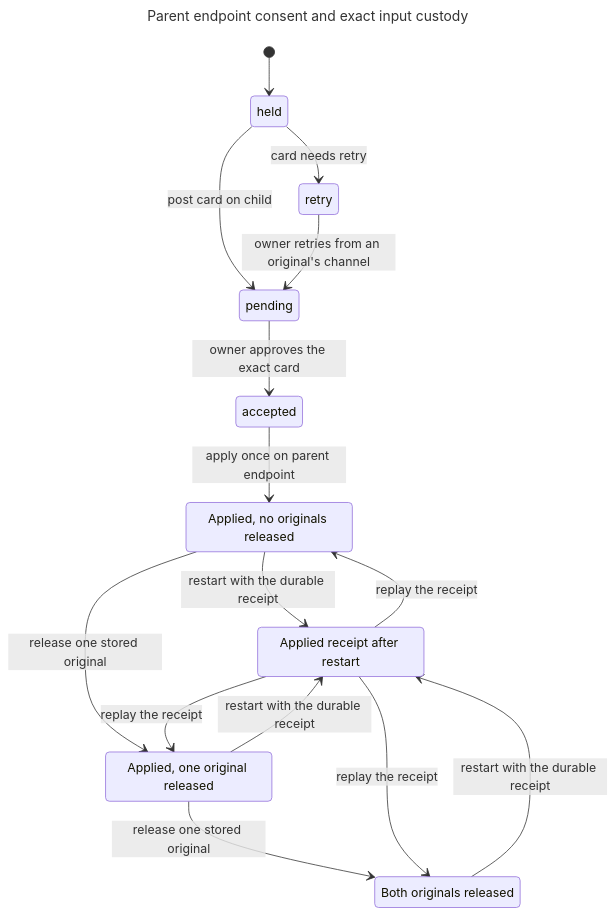
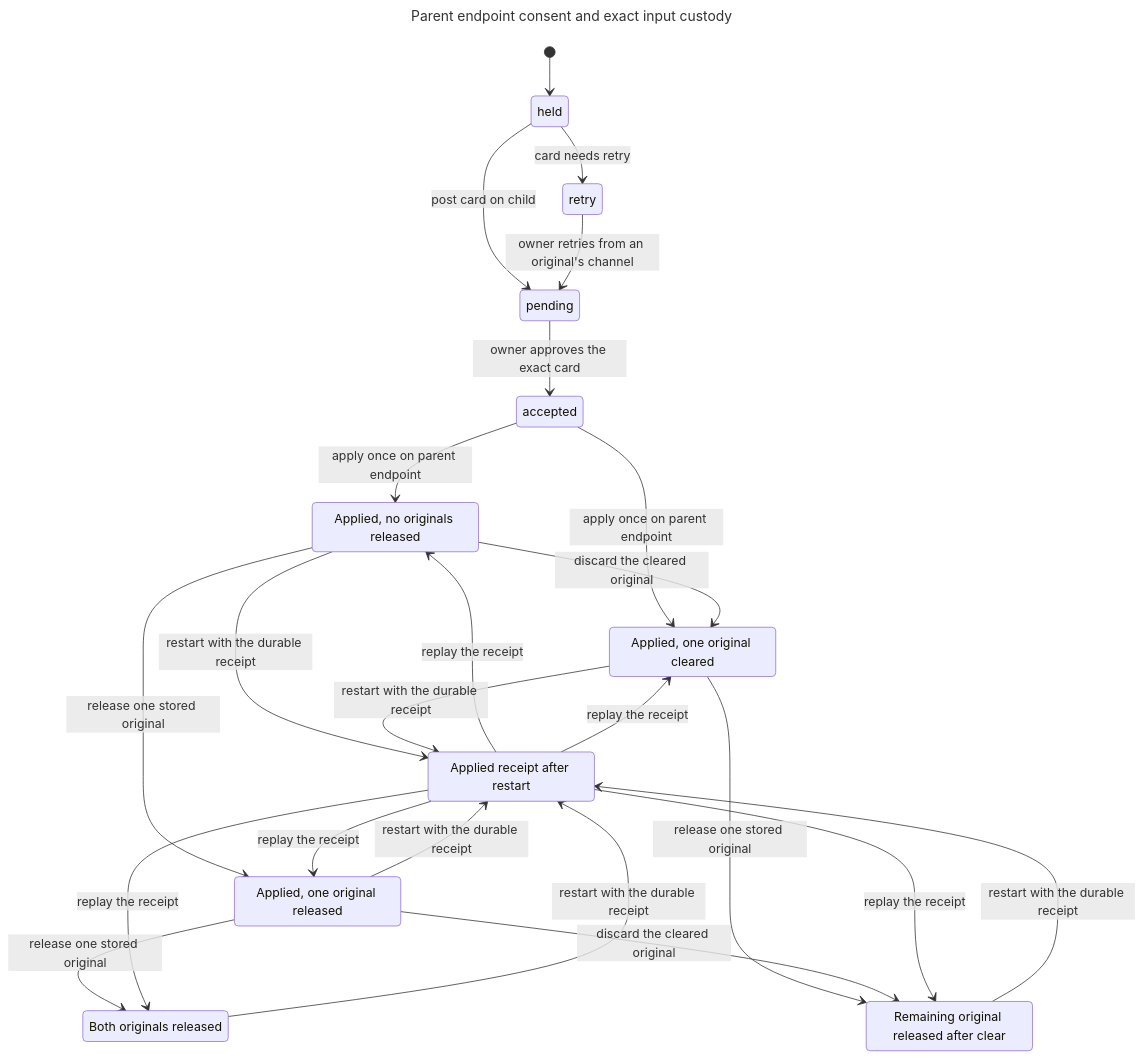
Before and after one commit to itismyfield/AgentDesk: the diagram in docs/statecharts/intake-consent/qp3.chart.mmd, drawn with Mermaid. The commit also changed 13 other files, not shown here.

```diff
--- a/docs/statecharts/intake-consent/qp3.chart.mmd
+++ b/docs/statecharts/intake-consent/qp3.chart.mmd
@@ -1,26 +1,36 @@
 ---
 title: "Parent endpoint consent and exact input custody"
 ---
 stateDiagram-v2
   s0: held
   s1: pending
   s2: retry
   s3: accepted
   s4: Applied, no originals released
-  s5: Applied receipt after restart
-  s6: Applied, one original released
-  s7: Both originals released
+  s5: Applied, one original cleared
+  s6: Applied receipt after restart
+  s7: Applied, one original released
+  s8: Remaining original released after clear
+  s9: Both originals released
   [*] --> s0
   s0 --> s1: post card on child
   s0 --> s2: card needs retry
   s1 --> s3: owner approves the exact card
   s2 --> s1: owner retries from an original's channel
   s3 --> s4: apply once on parent endpoint
-  s4 --> s5: restart with the durable receipt
-  s4 --> s6: release one stored original
-  s5 --> s4: replay the receipt
-  s6 --> s5: restart with the durable receipt
-  s6 --> s7: release one stored original
-  s5 --> s6: replay the receipt
-  s7 --> s5: restart with the durable receipt
-  s5 --> s7: replay the receipt
+  s3 --> s5: apply once on parent endpoint
+  s4 --> s5: discard the cleared original
+  s4 --> s6: restart with the durable receipt
+  s4 --> s7: release one stored original
+  s5 --> s6: restart with the durable receipt
+  s5 --> s8: release one stored original
+  s6 --> s4: replay the receipt
+  s7 --> s6: restart with the durable receipt
+  s7 --> s9: release one stored original
+  s7 --> s8: discard the cleared original
+  s6 --> s5: replay the receipt
+  s6 --> s7: replay the receipt
+  s8 --> s6: restart with the durable receipt
+  s9 --> s6: restart with the durable receipt
+  s6 --> s8: replay the receipt
+  s6 --> s9: replay the receipt
```
